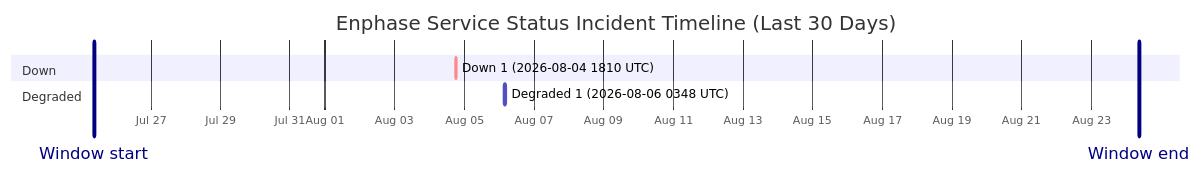
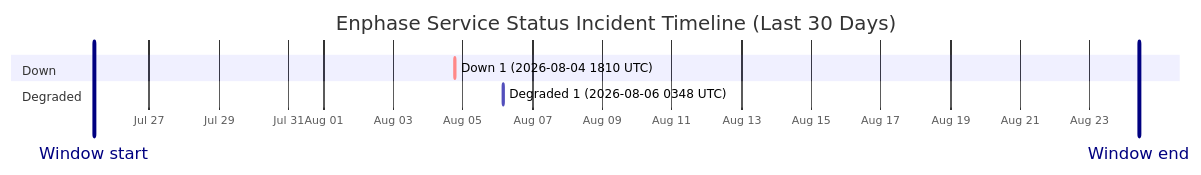
The diagram in wiki/Service-Status-History.md (barneyonline/ha-enphase-energy), drawn with Mermaid before and after one commit. The commit also changed other lines of this file and 3 other files, not shown here.

````diff
--- a/wiki/Service-Status-History.md
+++ b/wiki/Service-Status-History.md
@@ -14,12 +14,12 @@
 ```mermaid
 gantt
     title Enphase Service Status Incident Timeline (Last 30 Days)
     dateFormat  YYYY-MM-DDTHH:mm:ss
     axisFormat  %b %d
-    Window start :vert, window-start, 2026-07-25T08:49:15, 0ms
-    Window end :vert, window-end, 2026-08-24T08:49:15, 0ms
+    Window start :vert, window-start, 2026-07-25T09:44:31, 0ms
+    Window end :vert, window-end, 2026-08-24T09:44:31, 0ms
     section Down
     Down 1 (2026-08-04 1810 UTC) :crit, down-1, 2026-08-04T18:10:46, 60m
     section Degraded
     Degraded 1 (2026-08-06 0348 UTC) :active, degraded-1, 2026-08-06T03:48:14, 60m
 ```
````
